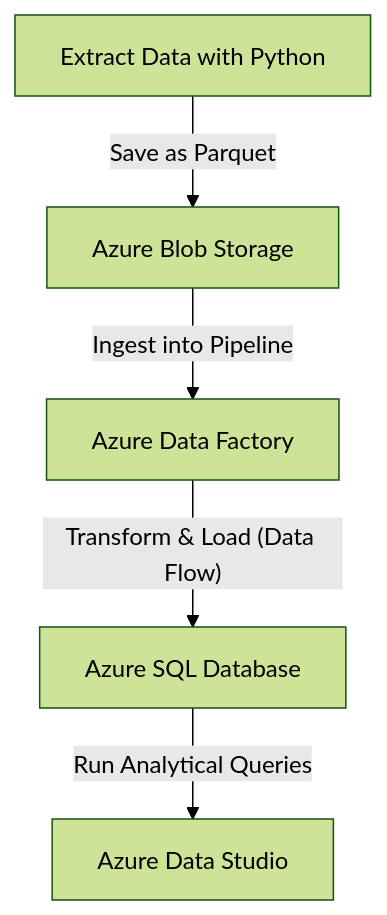
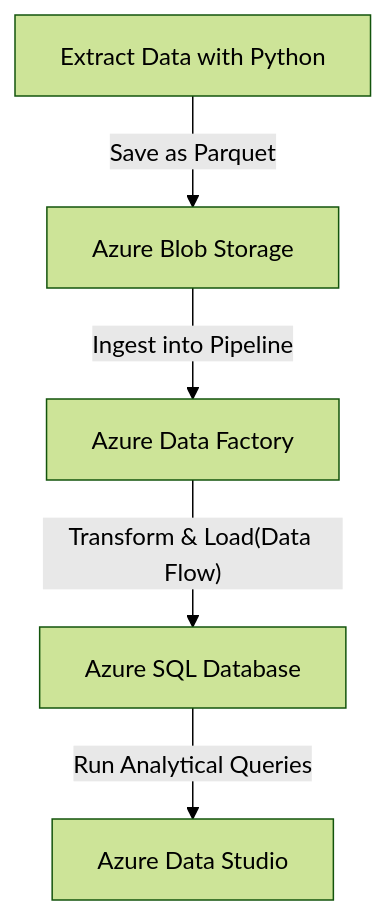
Before and after one commit to alexvidi/Azure-ETL-DataFactory-SQL-analytics: the diagram in README.md, drawn with Mermaid (forest theme).

Commit message:
readme details fixedA

````diff
--- a/README.md
+++ b/README.md
@@ -23,7 +23,7 @@
 ```mermaid
 flowchart TD
     A[Extract Data with Python] -->|Save as Parquet| B[Azure Blob Storage]
     B -->|Ingest into Pipeline| C[Azure Data Factory]
-    C -->|"Transform & Load (Data Flow)"| D[Azure SQL Database]
+    C -->|"Transform & Load(Data Flow)"| D[Azure SQL Database]
     D -->|Run Analytical Queries| E[Azure Data Studio]
 ```
````
